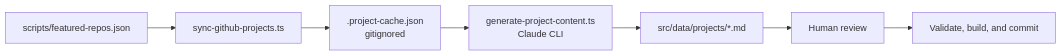
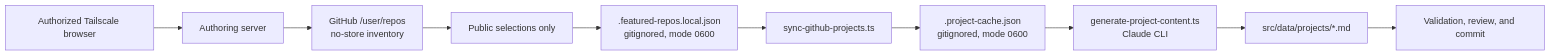
The fourth of 4 diagrams in wiki/architecture.md (TheDragoRyu/Resume), drawn with Mermaid before and after one commit. The commit also changed other lines of this file and 65 other files, not shown here.

First line of the commit message:
feat: add private authoring server and test suite

````diff
--- a/wiki/architecture.md
+++ b/wiki/architecture.md
@@ -220,9 +217,12 @@
 ```mermaid
 flowchart LR
-    A["scripts/featured-repos.json"] --> B["sync-github-projects.ts"]
-    B --> C[".project-cache.json<br/>gitignored"]
-    C --> D["generate-project-content.ts<br/>Claude CLI"]
-    D --> E["src/data/projects/*.md"]
-    E --> F["Human review"]
-    F --> G["Validate, build, and commit"]
+    A["Authorized Tailscale browser"] --> B["Authoring server"]
+    B --> C["GitHub /user/repos<br/>no-store inventory"]
+    C --> D["Public selections only"]
+    D --> E[".featured-repos.local.json<br/>gitignored, mode 0600"]
+    E --> F["sync-github-projects.ts"]
+    F --> G[".project-cache.json<br/>gitignored, mode 0600"]
+    G --> H["generate-project-content.ts<br/>Claude CLI"]
+    H --> I["src/data/projects/*.md"]
+    I --> J["Validation, review, and commit"]
 ```
````
